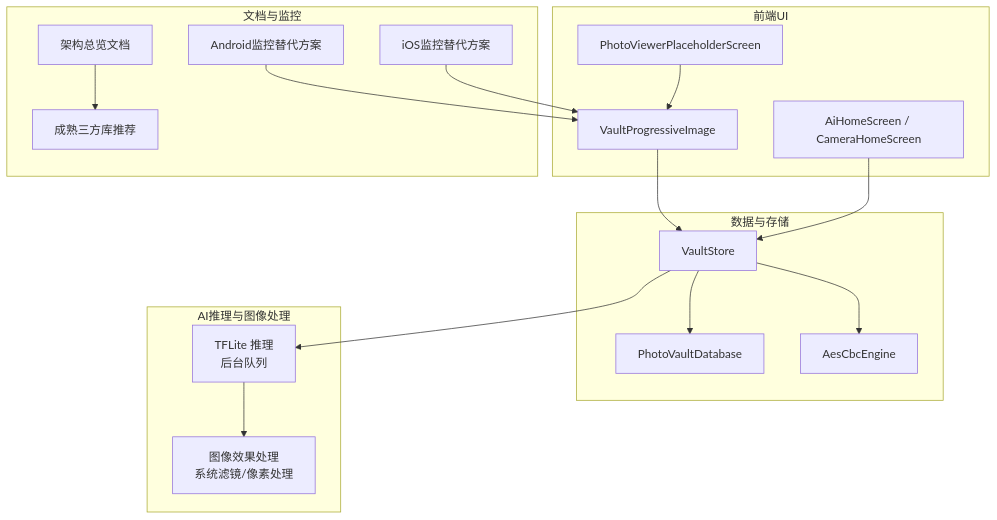
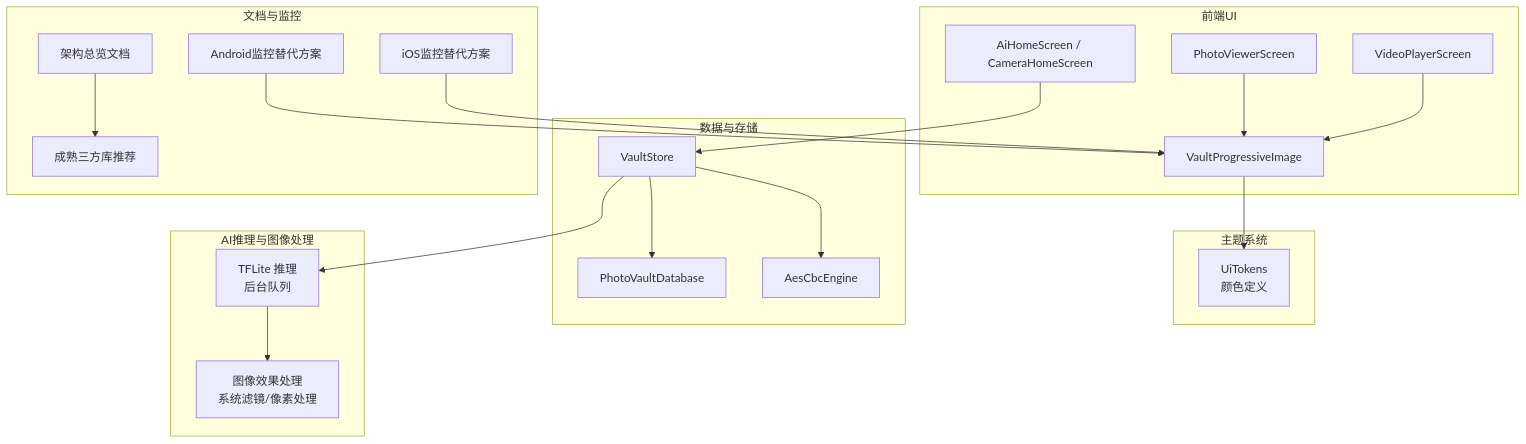
One commit to wanhongbo/ai-photo-vault changed the second of 8 diagrams in .qoder/repowiki/zh/content/性能优化/图像处理优化.md. Above: the diagram before and after it, drawn with Mermaid. The commit also changed other lines of this file and 22 other files, not shown here.

````diff
--- a/.qoder/repowiki/zh/content/性能优化/图像处理优化.md
+++ b/.qoder/repowiki/zh/content/性能优化/图像处理优化.md
@@ -110,33 +119,38 @@
 ```mermaid
 graph TB
 subgraph "前端UI"
 UI1["VaultProgressiveImage"]
-UI2["PhotoViewerPlaceholderScreen"]
-UI3["AiHomeScreen / CameraHomeScreen"]
+UI2["PhotoViewerScreen"]
+UI3["VideoPlayerScreen"]
+UI4["AiHomeScreen / CameraHomeScreen"]
+end
+subgraph "主题系统"
+THEME["UiTokens<br/>颜色定义"]
 end
 subgraph "数据与存储"
 DS1["VaultStore"]
 DS2["PhotoVaultDatabase"]
 DS3["AesCbcEngine"]
 end
 subgraph "AI推理与图像处理"
 ML1["TFLite 推理<br/>后台队列"]
 ML2["图像效果处理<br/>系统滤镜/像素处理"]
 end
 subgraph "文档与监控"
 DOC1["架构总览文档"]
 DOC2["成熟三方库推荐"]
 MON1["Android监控替代方案"]
 MON2["iOS监控替代方案"]
 end
-UI1 --> DS1
+UI1 --> THEME
 UI2 --> UI1
-UI3 --> DS1
+UI3 --> UI1
+UI4 --> DS1
 DS1 --> DS2
 DS1 --> DS3
 DS1 --> ML1
 ML1 --> ML2
 DOC1 --> DOC2
 MON1 --> UI1
 MON2 --> UI1
 ```
````
